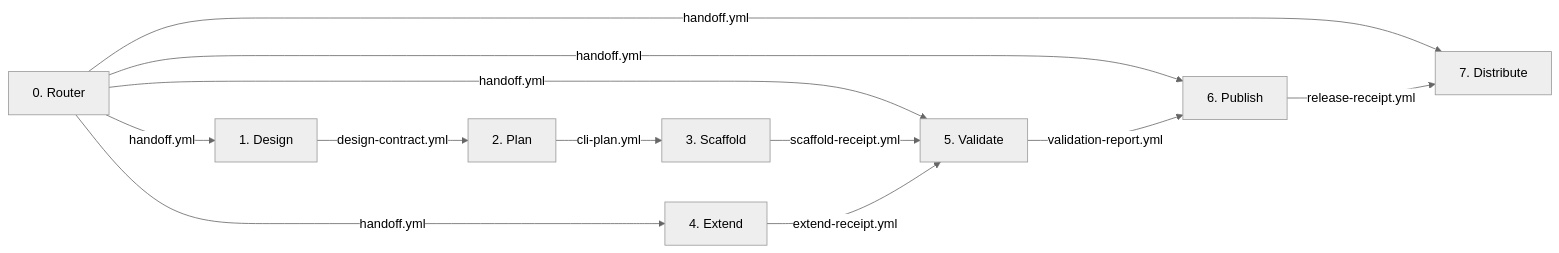
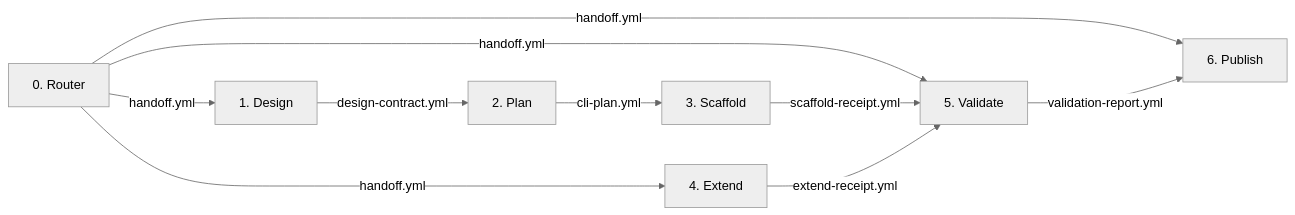
One commit to ByteLandTechnology/cli-forge changed the diagram in README.md. Above: the diagram before and after it, drawn with Mermaid (neutral theme). The commit also changed other lines of this file and 52 other files, not shown here.

````diff
--- a/README.md
+++ b/README.md
@@ -13,14 +13,12 @@
 ```mermaid
 graph LR
     R[0. Router] -->|handoff.yml| D[1. Design]
     R -->|handoff.yml| E[4. Extend]
     R -->|handoff.yml| V[5. Validate]
     R -->|handoff.yml| P[6. Publish]
-    R -->|handoff.yml| X[7. Distribute]
     D -->|design-contract.yml| PL[2. Plan]
     PL -->|cli-plan.yml| S[3. Scaffold]
     S -->|scaffold-receipt.yml| V
     E -->|extend-receipt.yml| V
     V -->|validation-report.yml| P
-    P -->|release-receipt.yml| X
 ```
````
